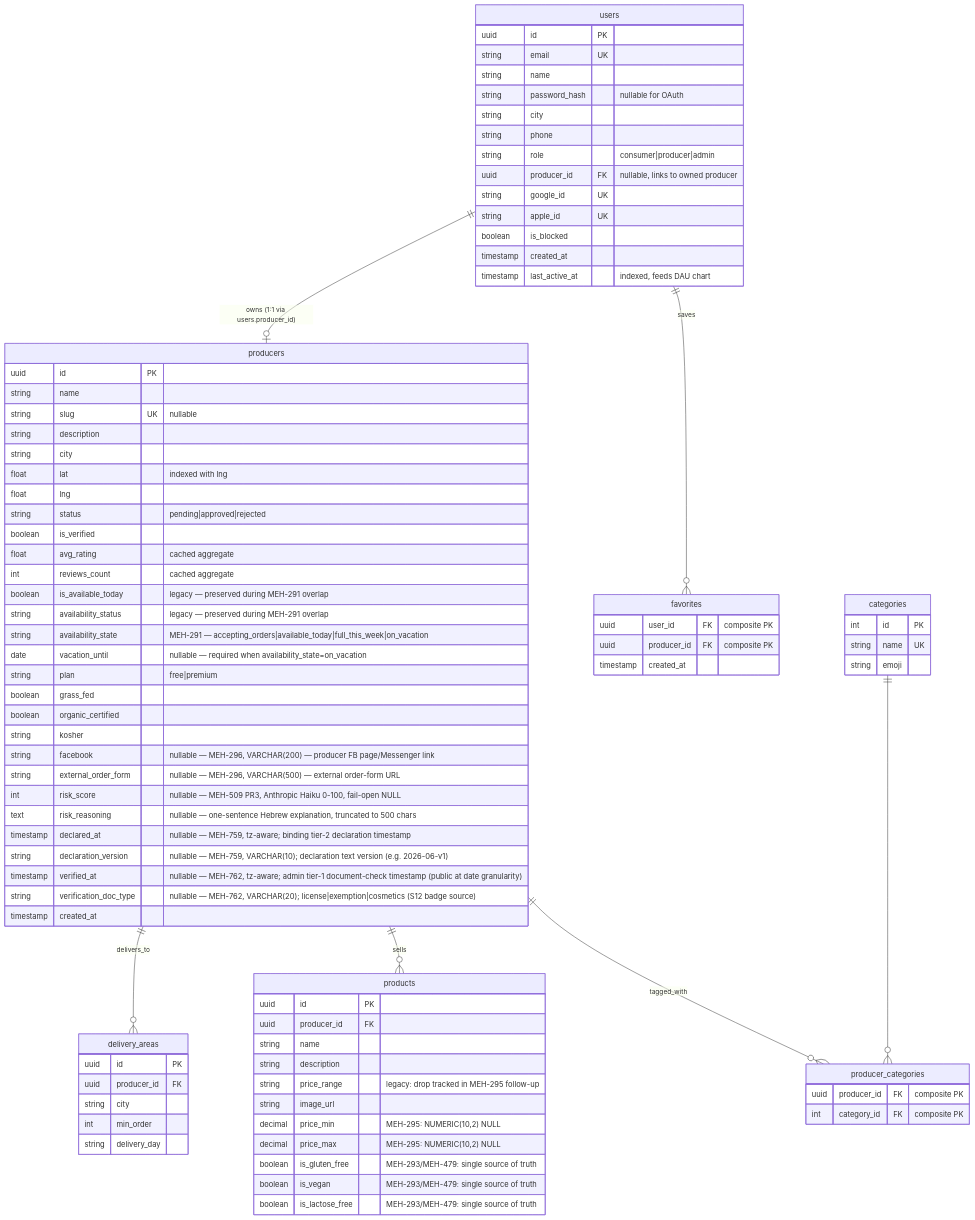
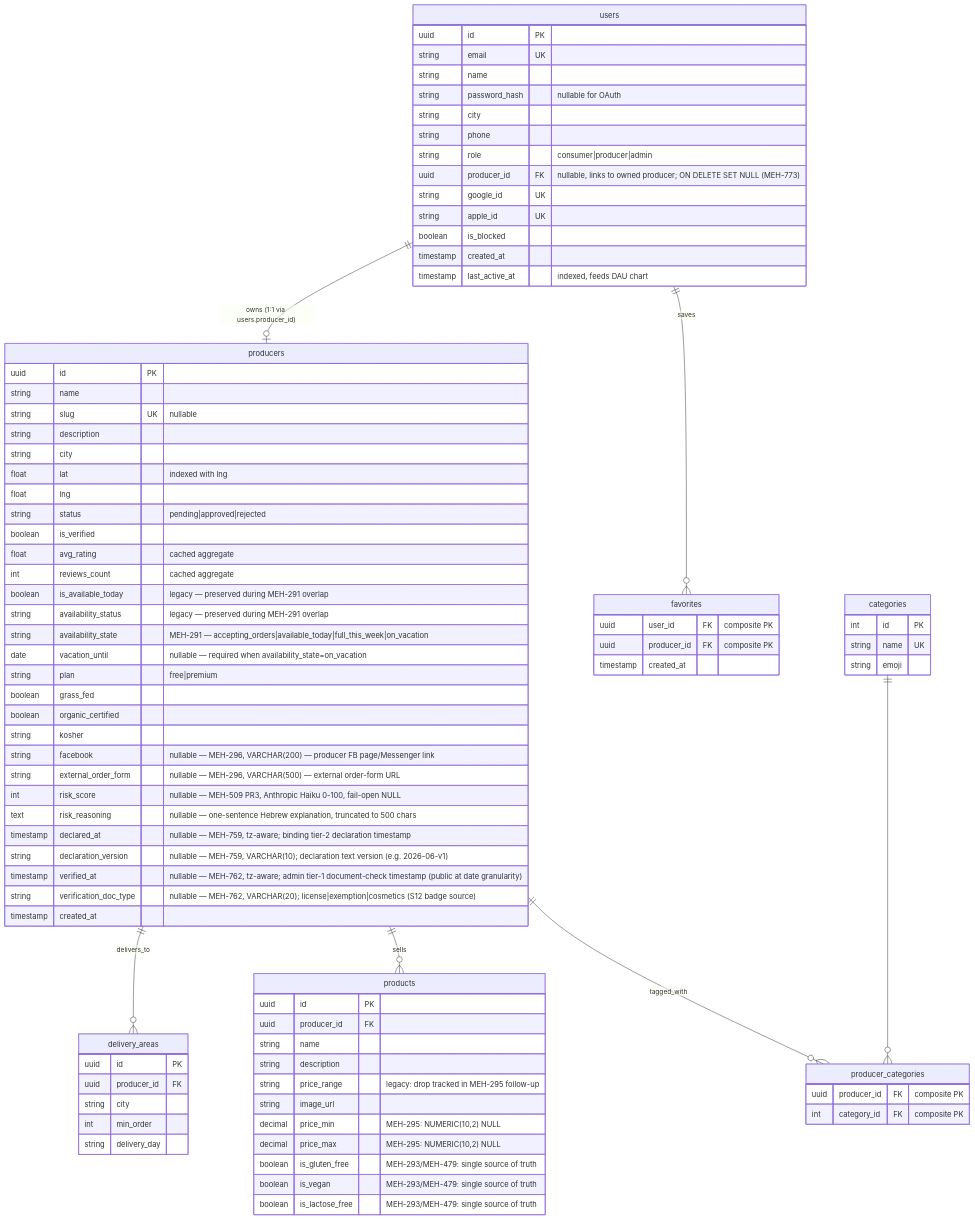
Before and after one commit to levismadar80-ship-it/FoodMamkor: the first of 4 diagrams in .ai/diagrams/db-schema.md, drawn with Mermaid. The commit also changed other lines of this file and 4 other files, not shown here.

First line of the commit message:
MEH-773 Chunk B (6/6): docs — DATA.md, db-schema, CHANGELOG, HANDOFF, MANUAL_TESTING

```diff
--- a/.ai/diagrams/db-schema.md
+++ b/.ai/diagrams/db-schema.md
@@ -29,7 +29,7 @@
         string city
         string phone
         string role "consumer|producer|admin"
-        uuid producer_id FK "nullable, links to owned producer"
+        uuid producer_id FK "nullable, links to owned producer; ON DELETE SET NULL (MEH-773)"
         string google_id UK
         string apple_id UK
         boolean is_blocked
```
